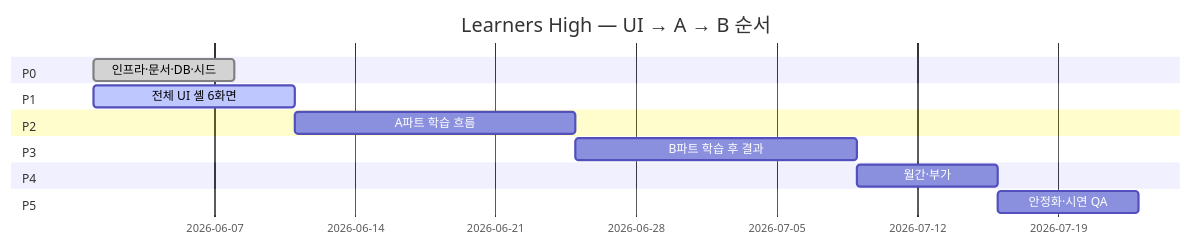
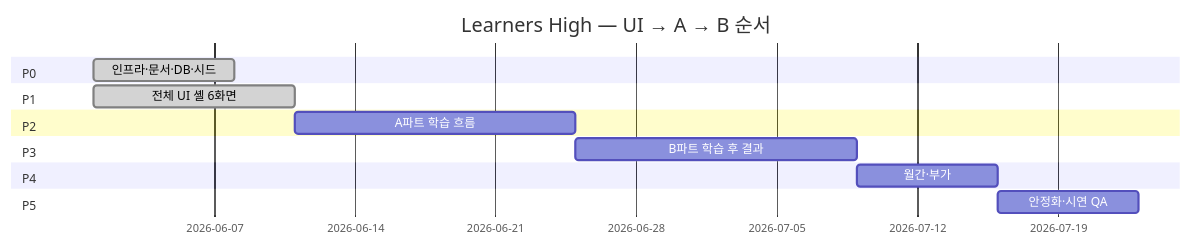
The second of 3 diagrams in docs/milestones.md (kangyeon9525/learnersHigh), drawn with Mermaid before and after one commit. The commit also changed other lines of this file and 34 other files, not shown here.

````diff
--- a/docs/milestones.md
+++ b/docs/milestones.md
@@ -41,17 +41,17 @@
 ```mermaid
 gantt
     title Learners High — UI → A → B 순서
     dateFormat YYYY-MM-DD
     section P0
     인프라·문서·DB·시드           :done, p0, 2026-06-01, 7d
     section P1
-    전체 UI 셸 6화면              :active, p1, 2026-06-01, 10d
+    전체 UI 셸 6화면              :done, p1, 2026-06-01, 10d
     section P2
     A파트 학습 흐름               :p2, after p1, 14d
     section P3
     B파트 학습 후 결과            :p3, after p2, 14d
     section P4
     월간·부가                     :p4, after p3, 7d
     section P5
     안정화·시연 QA                :p5, after p4, 7d
 ```
````
